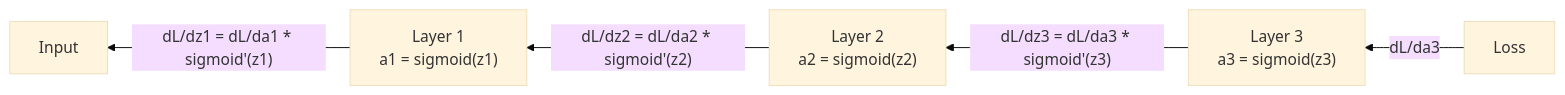
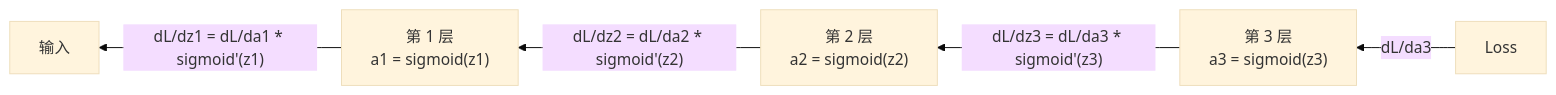
The third of 3 diagrams in phases/03-deep-learning-core/03-backpropagation/docs/zh.md (JerryC8080/ai-engineering-from-scratch-zh), drawn with Mermaid (base theme) before and after one commit. The commit also changed other lines of this file and 156 other files, not shown here.

First line of the commit message:
i18n(zh): translate mermaid diagram labels in 157 lesson zh.md

````diff
--- a/phases/03-deep-learning-core/03-backpropagation/docs/zh.md
+++ b/phases/03-deep-learning-core/03-backpropagation/docs/zh.md
@@ -81,7 +81,7 @@
 ```mermaid
 graph RL
-    L["Loss"] -- "dL/da3" --> L3["Layer 3\na3 = sigmoid(z3)"]
-    L3 -- "dL/dz3 = dL/da3 * sigmoid'(z3)" --> L2["Layer 2\na2 = sigmoid(z2)"]
-    L2 -- "dL/dz2 = dL/da2 * sigmoid'(z2)" --> L1["Layer 1\na1 = sigmoid(z1)"]
-    L1 -- "dL/dz1 = dL/da1 * sigmoid'(z1)" --> I["Input"]
+    L["Loss"] -- "dL/da3" --> L3["第 3 层\na3 = sigmoid(z3)"]
+    L3 -- "dL/dz3 = dL/da3 * sigmoid'(z3)" --> L2["第 2 层\na2 = sigmoid(z2)"]
+    L2 -- "dL/dz2 = dL/da2 * sigmoid'(z2)" --> L1["第 1 层\na1 = sigmoid(z1)"]
+    L1 -- "dL/dz1 = dL/da1 * sigmoid'(z1)" --> I["输入"]
 ```
````
